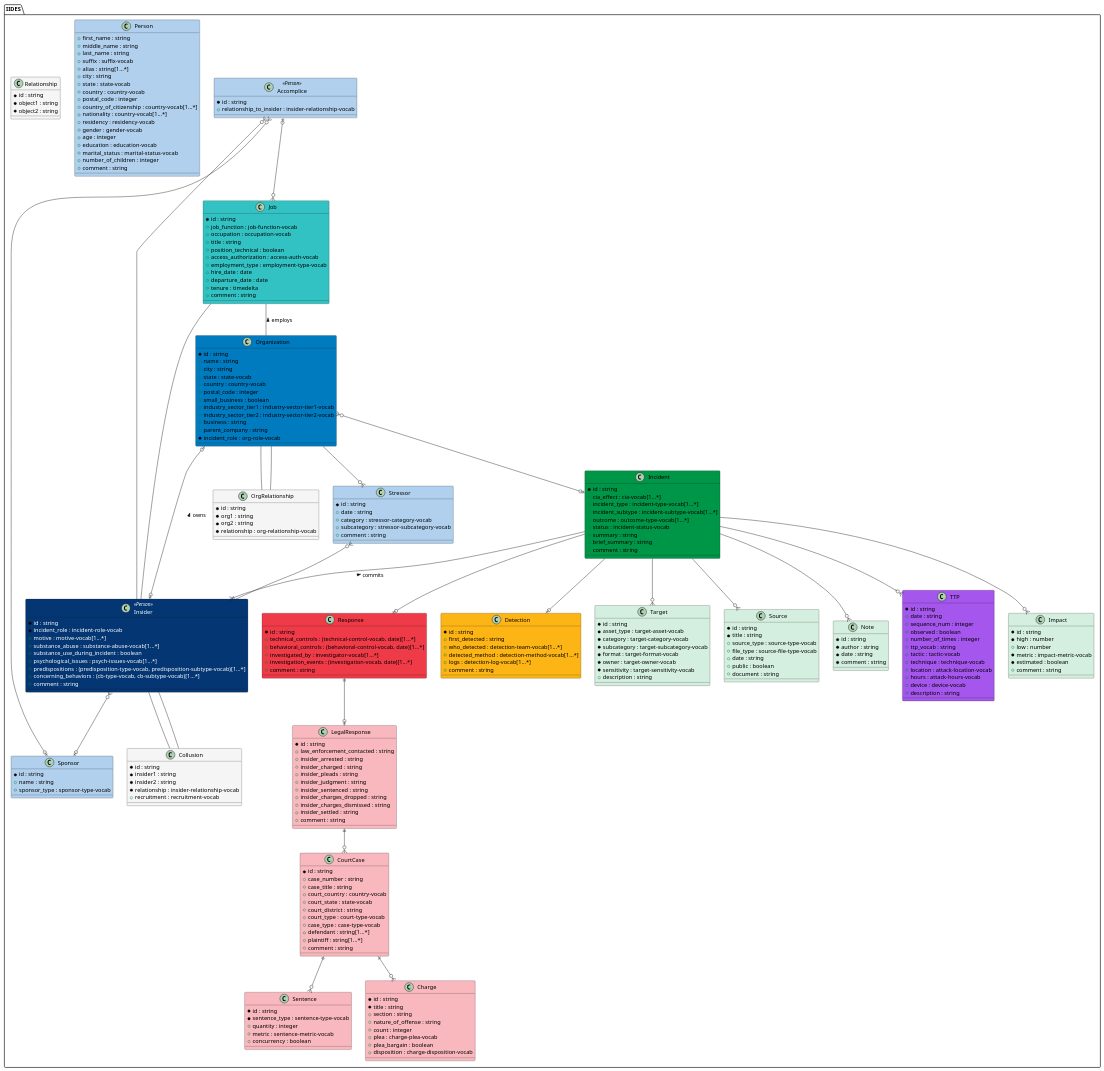
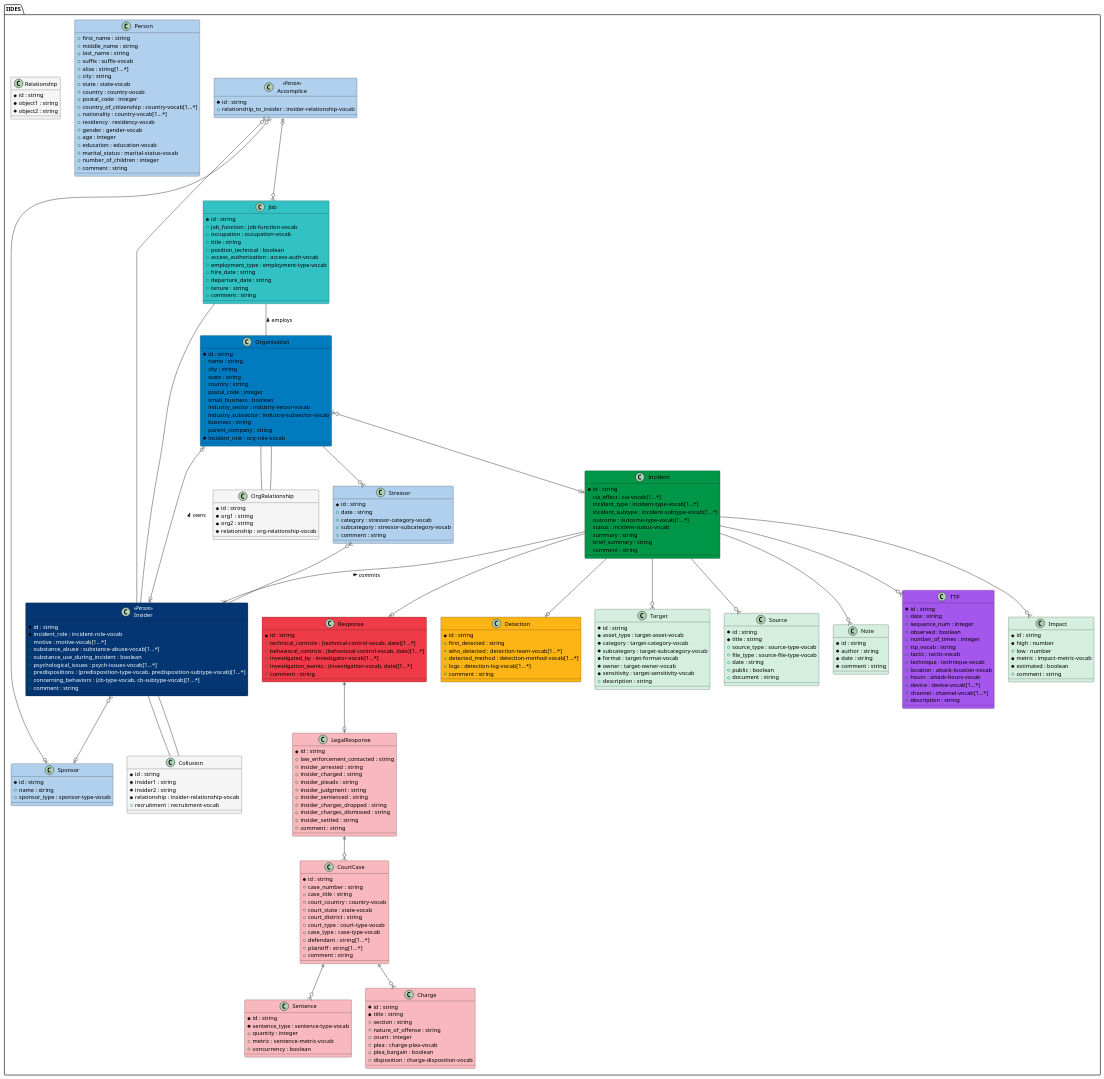
Before and after one commit to cmu-sei/iides: the diagram in UML/source/iides.wsd, drawn with PlantUML. The commit also changed 4 other files, not shown here.

```diff
--- a/UML/source/iides.wsd
+++ b/UML/source/iides.wsd
@@ -105,7 +105,8 @@
 	+ technique : technique-vocab 
 	+ location : attack-location-vocab 
 	+ hours : attack-hours-vocab 
-	+ device : device-vocab 
+	+ device : device-vocab[1...*] 
+	+ channel : channel-vocab[1...*] 
 	+ description : string 
 }
 class Job #33c2C4 {
@@ -116,9 +117,9 @@
 	+ position_technical : boolean 
 	+ access_authorization : access-auth-vocab 
 	+ employment_type : employment-type-vocab 
-	+ hire_date : date 
-	+ departure_date : date 
-	+ tenure : timedelta 
+	+ hire_date : string 
+	+ departure_date : string 
+	+ tenure : string 
 	+ comment : string 
 }
 class Charge #f9b8bd {
@@ -143,12 +144,12 @@
 	* id : string 
 	+ name : string 
 	+ city : string 
-	+ state : state-vocab 
-	+ country : country-vocab 
+	+ state : string 
+	+ country : string 
 	+ postal_code : integer 
 	+ small_business : boolean 
-	+ industry_sector_tier1 : industry-sector-tier1-vocab 
-	+ industry_sector_tier2 : industry-sector-tier2-vocab 
+	+ industry_sector : industry-sector-vocab 
+	+ industry_subsector : industry-subsector-vocab 
 	+ business : string 
 	+ parent_company : string 
 	* incident_role : org-role-vocab 
```
